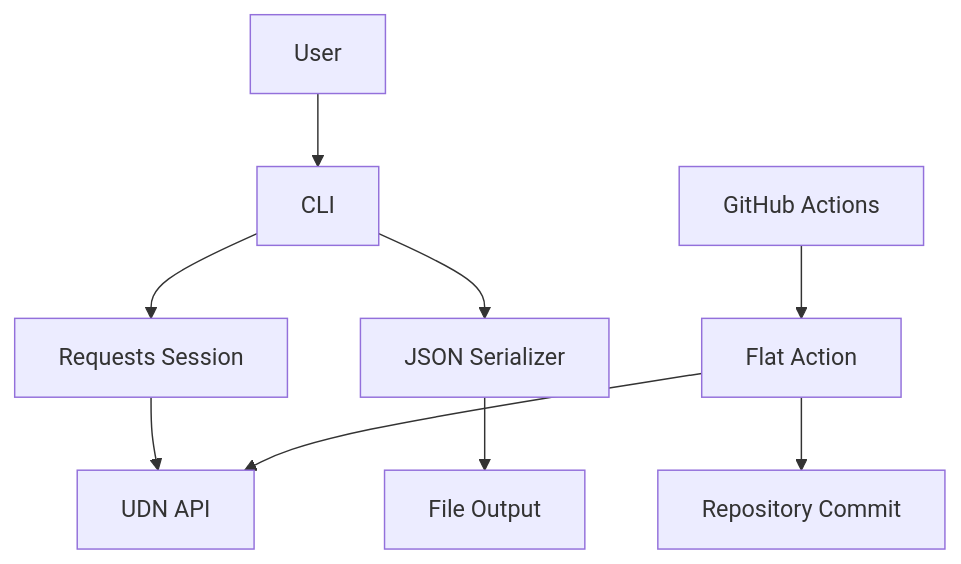
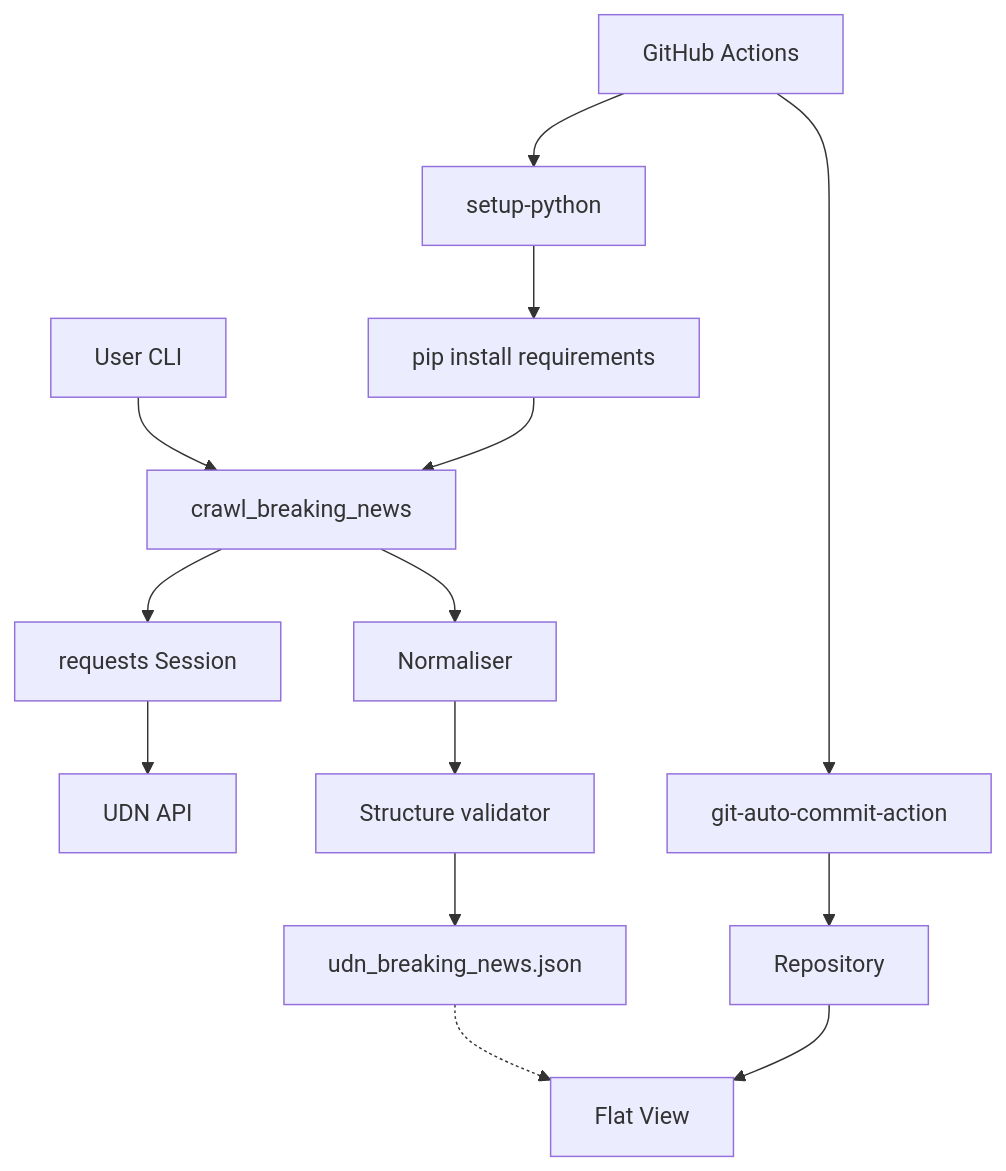
Before and after one commit to muyueh/test-scarp: the fourth of 6 diagrams in README.md, drawn with Mermaid. The commit also changed other lines of this file and 2 other files, not shown here.

````diff
--- a/README.md
+++ b/README.md
@@ -43,11 +60,16 @@
 ```mermaid
 graph TD
-    A[User] --> B[CLI]
-    B --> C[Requests Session]
-    C --> D[UDN API]
-    B --> E[JSON Serializer]
-    E --> F[File Output]
-    G[GitHub Actions] --> H[Flat Action]
-    H --> D
-    H --> I[Repository Commit]
+    User[User CLI] --> Crawler[crawl_breaking_news]
+    Crawler --> Requests[requests Session]
+    Requests --> API[UDN API]
+    Crawler --> Normaliser[Normaliser]
+    Normaliser --> Validator[Structure validator]
+    Validator --> Output[udn_breaking_news.json]
+    Actions[GitHub Actions] --> Setup[setup-python]
+    Setup --> Installer[pip install requirements]
+    Installer --> Crawler
+    Actions --> AutoCommit[git-auto-commit-action]
+    AutoCommit --> Repo[Repository]
+    Repo --> Flat[Flat View]
+    Output -.-> Flat
 ```
````
